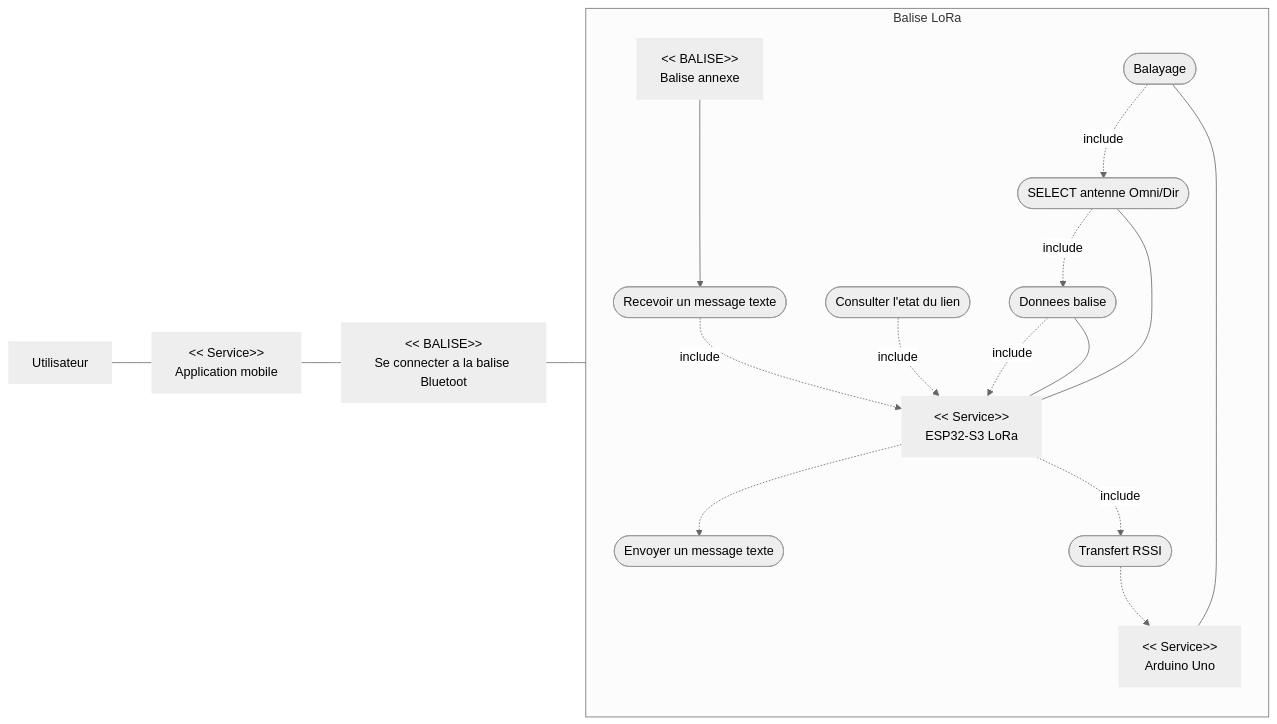
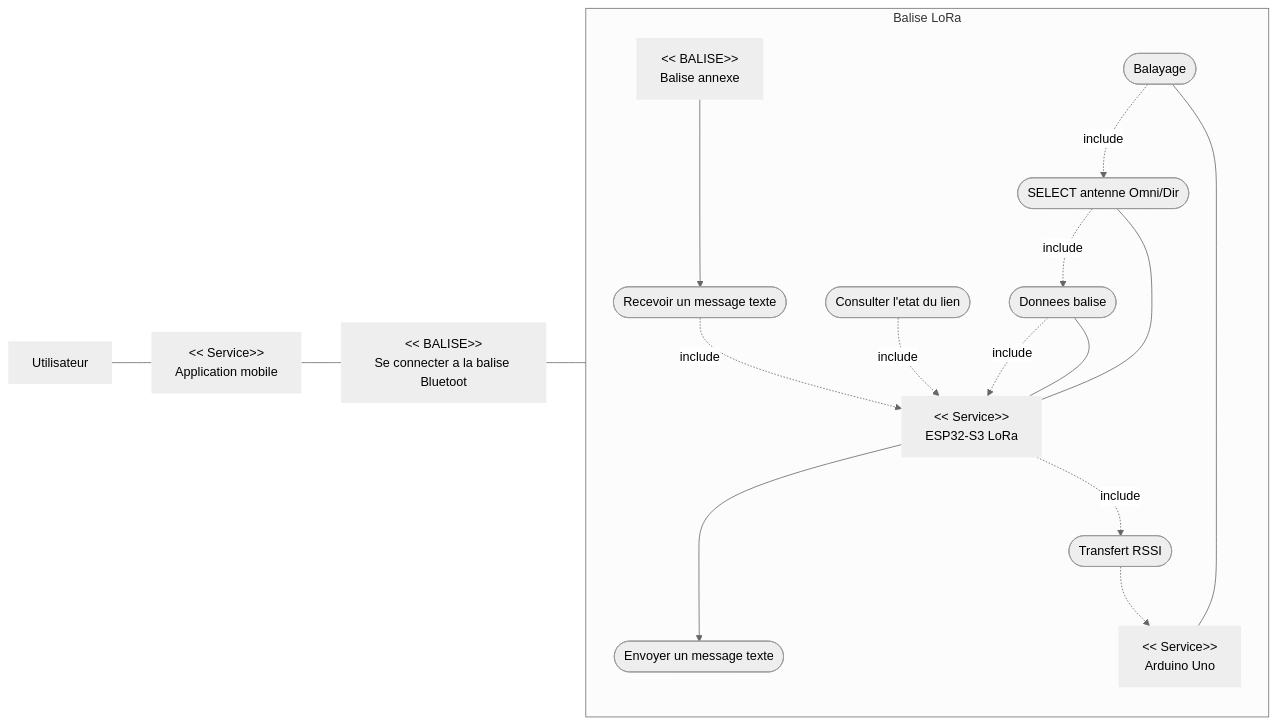
The first of 7 diagrams in Diagrammes_SysML_Projet_LoRa.md (SHU445/Projet-LoRa-72h), drawn with Mermaid (neutral theme) before and after one commit.

Commit message:
"CorrectUseCase3.11"

````diff
--- a/Diagrammes_SysML_Projet_LoRa.md
+++ b/Diagrammes_SysML_Projet_LoRa.md
@@ -12,41 +12,41 @@
 ```mermaid
 flowchart LR
   rU["Utilisateur"]:::role
   rAPP["<< Service>>\nApplication mobile"]:::role
   rESP["<< Service>>\nESP32-S3 LoRa"]:::role
   rARD["<< Service>>\nArduino Uno"]:::role
   rCONN["<< BALISE>>\nSe connecter a la balise Bluetoot"]:::role
 
   rOTB["<< BALISE>>\nBalise annexe"]:::role
 
   subgraph S["Balise LoRa"]
     direction TB
     ucSend([Envoyer un message texte])
     ucReceive([Recevoir un message texte])
     ucStatus([Consulter l'etat du lien])
     ucData([Donnees balise])
     ucSelectAntenna([SELECT antenne Omni/Dir])
     ucScan([Balayage])
     ucRssi([Transfert RSSI])
 
-    rESP .-> ucSend
+    rESP ---> ucSend
     ucReceive -. include .-> rESP
     ucStatus -. include .-> rESP
     ucData -. include .-> rESP
     ucSelectAntenna -. include .-> ucData
     ucScan -. include .-> ucSelectAntenna
     rESP -. include .-> ucRssi .-> rARD
     rOTB ---> ucReceive
   end
 
   rU --- rAPP
   rAPP --- rCONN
   rCONN --- rESP
 
   ucData --- rESP
   ucSelectAntenna --- rESP
 
   ucScan --- rARD
 
   classDef role stroke-width:0px;
 ```
````
